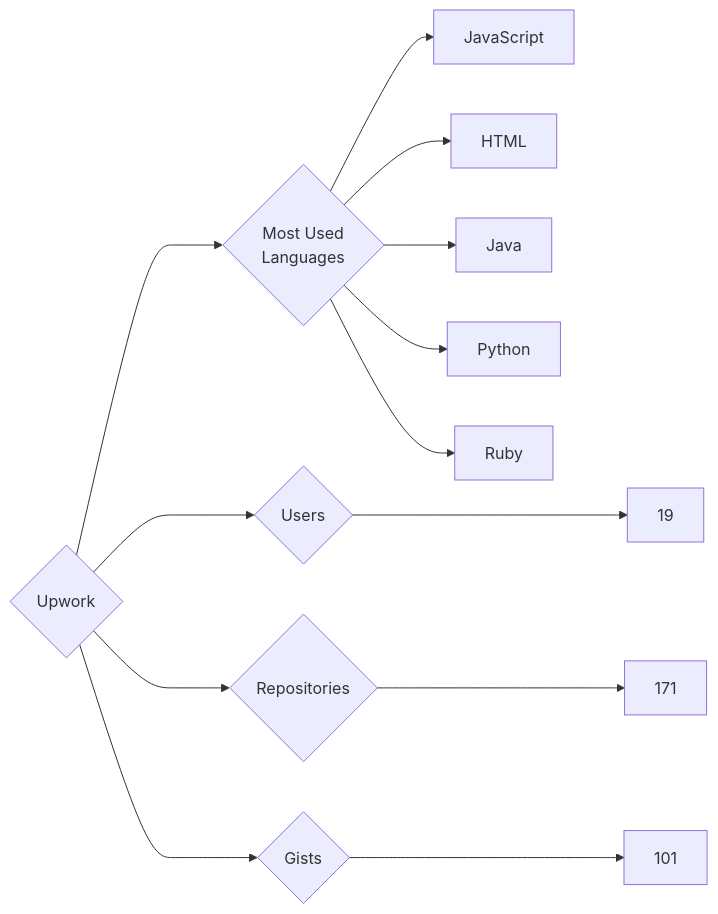
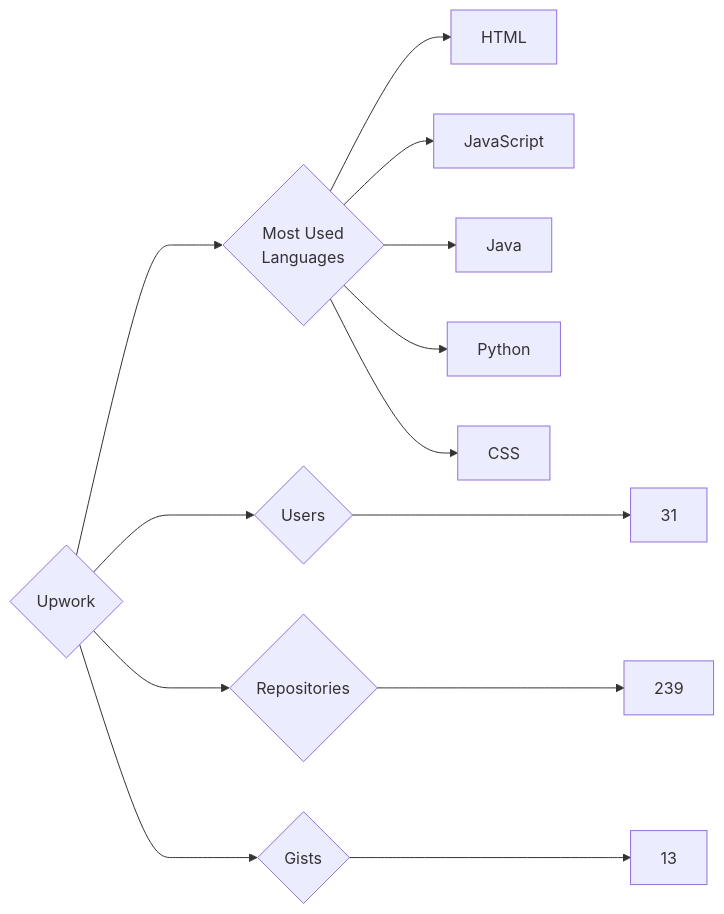
Before and after one commit to trickest/insiders: the diagram in targets/Upwork/README.md, drawn with Mermaid. The commit also changed 748 other files, not shown here.

````diff
--- a/targets/Upwork/README.md
+++ b/targets/Upwork/README.md
@@ -3,13 +3,13 @@
 ```mermaid
 graph LR
 COMPANY_NAME{Upwork}
-COMPANY_NAME ---> U{Users} ---> UN[19]
-COMPANY_NAME ---> R{Repositories} ---> RN[171]
-COMPANY_NAME ---> G{Gists} ---> GN[101]
+COMPANY_NAME ---> U{Users} ---> UN[31]
+COMPANY_NAME ---> R{Repositories} ---> RN[239]
+COMPANY_NAME ---> G{Gists} ---> GN[13]
 COMPANY_NAME ---> ML{Most Used<br>Languages}
+ML --> HTML[HTML]
 ML --> JavaScript[JavaScript]
-ML --> HTML[HTML]
 ML --> Java[Java]
 ML --> Python[Python]
-ML --> Ruby[Ruby]
+ML --> CSS[CSS]
 ```
````
